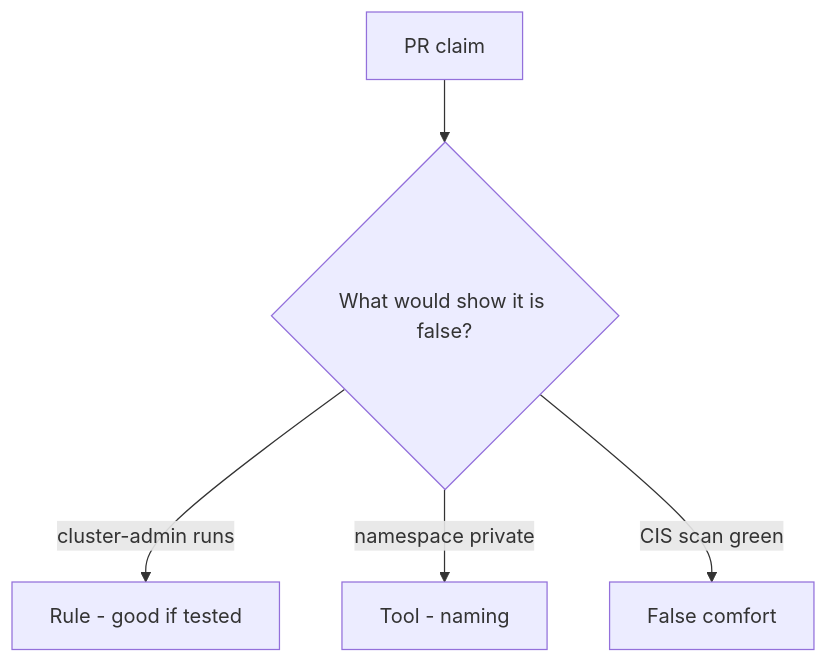
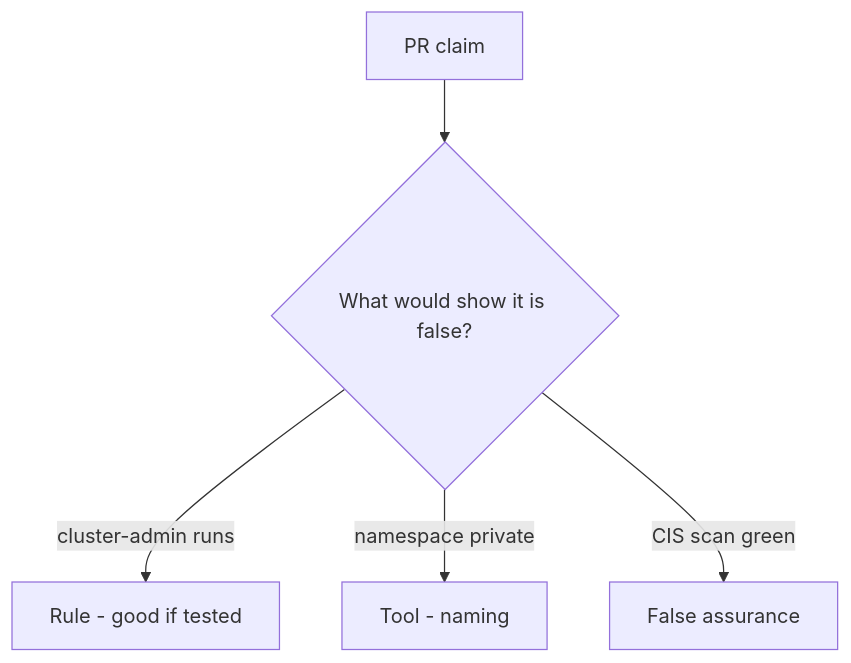
The diagram in content/modules/10/10.3/lessons/08-review.md (ishitvagoel/LearnSecurity), drawn with Mermaid before and after one commit. The commit also changed other lines of this file and 240 other files, not shown here.

````diff
--- a/content/modules/10/10.3/lessons/08-review.md
+++ b/content/modules/10/10.3/lessons/08-review.md
@@ -18,7 +18,7 @@
 ```mermaid
 flowchart TD
   Claim[PR claim] --> Q{"What would show it is false?"}
   Q -->|cluster-admin runs| Property["Rule - good if tested"]
   Q -->|namespace private| Mechanism[Tool - naming]
-  Q -->|CIS scan green| False[False comfort]
+  Q -->|CIS scan green| False[False assurance]
 ```
````
